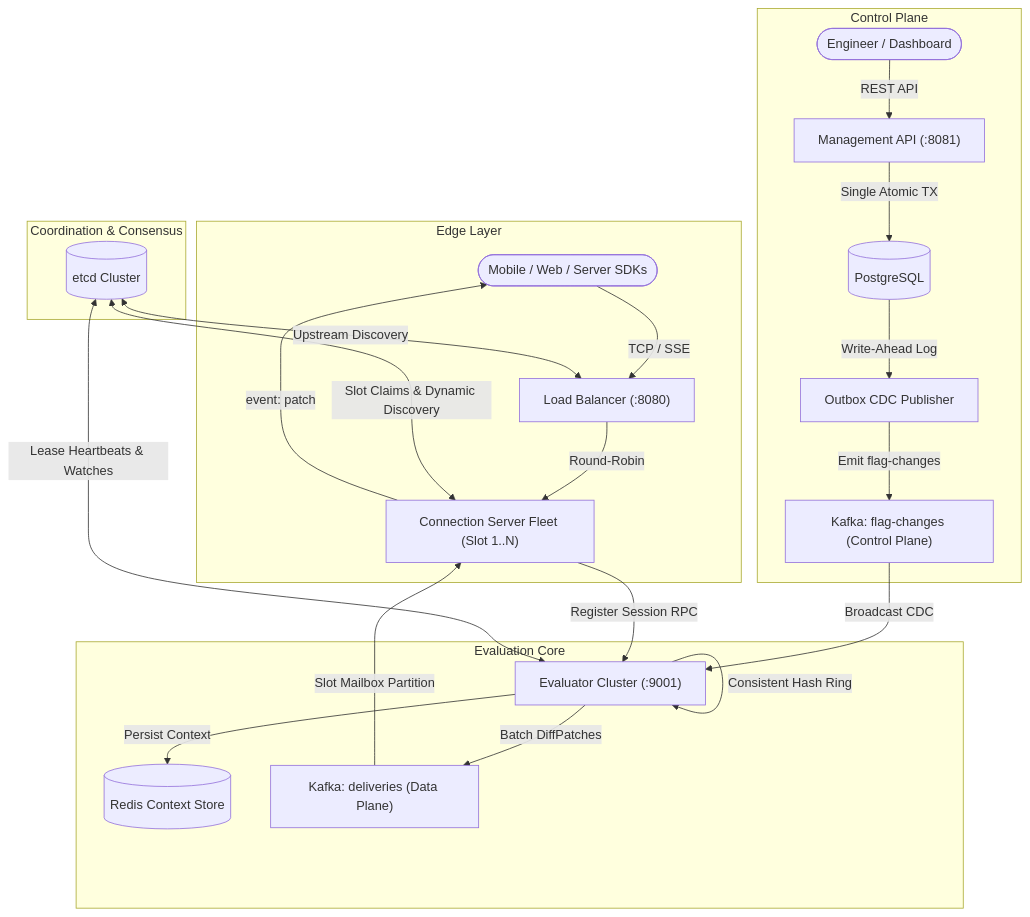
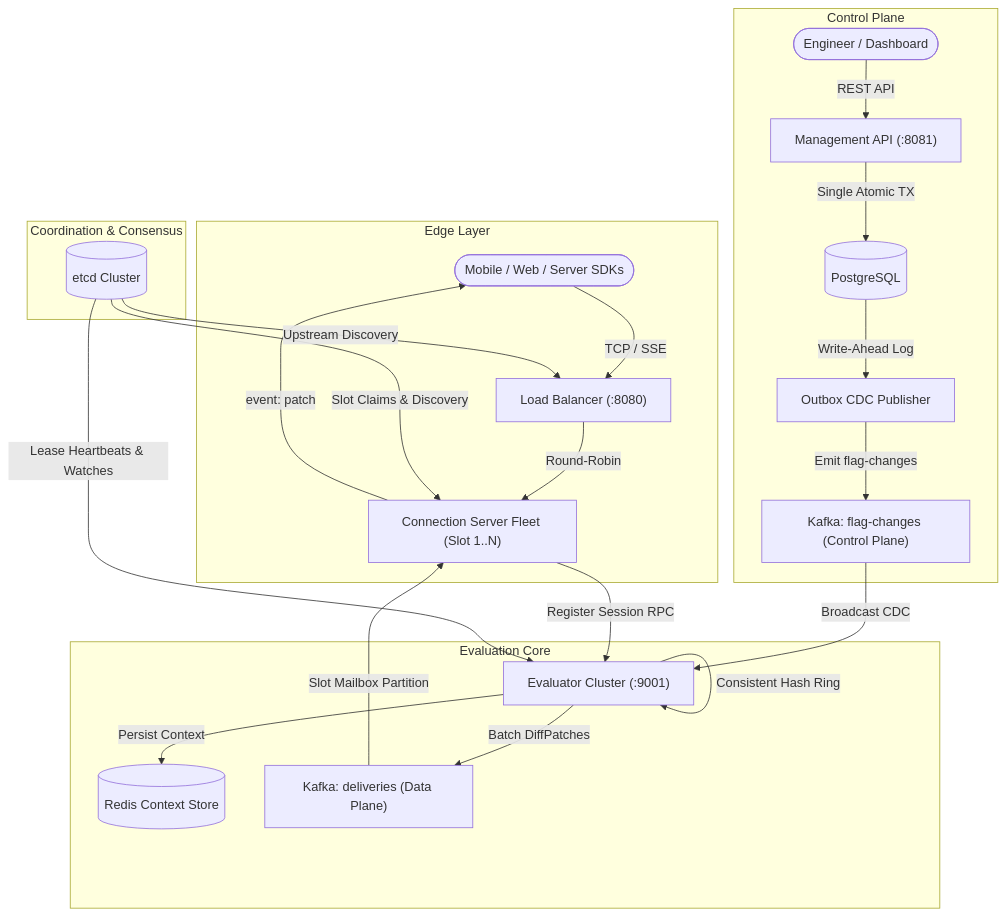
One commit to arunap2509/feature-flag-service changed the diagram in component/README.md. Above: the diagram before and after it, drawn with Mermaid. The commit also changed other lines of this file and 8 other files, not shown here.

Commit message:
docs: fix mermaid diagram syntax and clean up LaTeX math formatting for GitHub compatibility

````diff
--- a/component/README.md
+++ b/component/README.md
@@ -5,30 +5,30 @@
 ```mermaid
 flowchart TD
-    subgraph Edge Layer
-        Client([Mobile / Web / Server SDKs]) -->|TCP / SSE| LB["Load Balancer (:8080)"]
-        LB -->|Round-Robin| CS["Connection Server Fleet (Slot 1..N)"]
+    subgraph edge_layer ["Edge Layer"]
+        Client(["Mobile / Web / Server SDKs"]) -->|"TCP / SSE"| LB["Load Balancer (:8080)"]
+        LB -->|"Round-Robin"| CS["Connection Server Fleet (Slot 1..N)"]
     end
 
-    subgraph Control Plane
-        Admin([Engineer / Dashboard]) -->|REST API| Mgmt["Management API (:8081)"]
-        Mgmt -->|Single Atomic TX| PG[(PostgreSQL)]
-        PG -->|Write-Ahead Log| CDC["Outbox CDC Publisher"]
-        CDC -->|Emit flag-changes| KafkaCtrl["Kafka: flag-changes (Control Plane)"]
+    subgraph control_plane ["Control Plane"]
+        Admin(["Engineer / Dashboard"]) -->|"REST API"| Mgmt["Management API (:8081)"]
+        Mgmt -->|"Single Atomic TX"| PG[("PostgreSQL")]
+        PG -->|"Write-Ahead Log"| CDC["Outbox CDC Publisher"]
+        CDC -->|"Emit flag-changes"| KafkaCtrl["Kafka: flag-changes (Control Plane)"]
     end
 
-    subgraph Evaluation Core
-        KafkaCtrl -->|Broadcast CDC| Eval["Evaluator Cluster (:9001)"]
-        Eval -->|Consistent Hash Ring| Eval
-        CS -->|Register Session RPC| Eval
-        Eval -->|Persist Context| Redis[(Redis Context Store)]
-        Eval -->|Batch DiffPatches| KafkaDeliv["Kafka: deliveries (Data Plane)"]
-        KafkaDeliv -->|Slot Mailbox Partition| CS
-        CS -->|event: patch| Client
+    subgraph eval_core ["Evaluation Core"]
+        KafkaCtrl -->|"Broadcast CDC"| Eval["Evaluator Cluster (:9001)"]
+        Eval -->|"Consistent Hash Ring"| Eval
+        CS -->|"Register Session RPC"| Eval
+        Eval -->|"Persist Context"| Redis[("Redis Context Store")]
+        Eval -->|"Batch DiffPatches"| KafkaDeliv["Kafka: deliveries (Data Plane)"]
+        KafkaDeliv -->|"Slot Mailbox Partition"| CS
+        CS -->|"event: patch"| Client
     end
 
-    subgraph Coordination & Consensus
-        etcd[(etcd Cluster)] <-->|Lease Heartbeats & Watches| Eval
-        etcd <-->|Slot Claims & Dynamic Discovery| CS
-        etcd <-->|Upstream Discovery| LB
+    subgraph coordination ["Coordination & Consensus"]
+        etcd[("etcd Cluster")] -->|"Lease Heartbeats & Watches"| Eval
+        etcd -->|"Slot Claims & Discovery"| CS
+        etcd -->|"Upstream Discovery"| LB
     end
 ```
````
